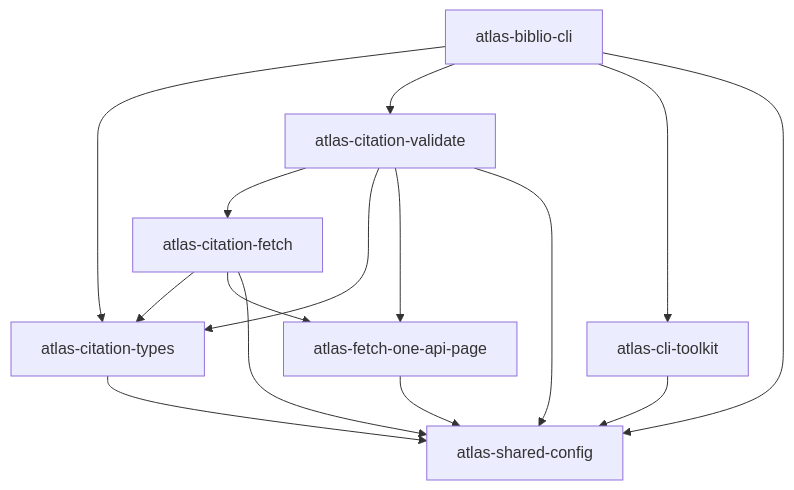
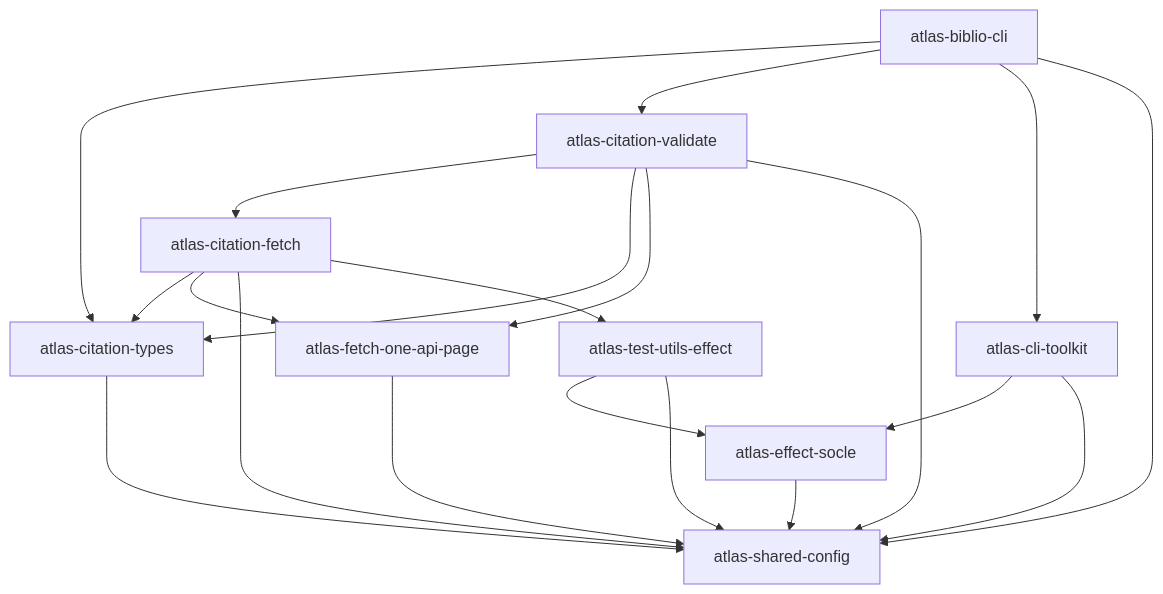
Before and after one commit to univ-lehavre/atlas: the seventh of 19 diagrams in docs/src/content/docs/architecture/packages.md, drawn with Mermaid. The commit also changed other lines of this file and 139 other files, not shown here.

First line of the commit message:
feat: socle Effect — résorption complète (E1–E14) (#348)

````diff
--- a/docs/src/content/docs/architecture/packages.md
+++ b/docs/src/content/docs/architecture/packages.md
@@ -370,24 +379,31 @@
 ```mermaid
 flowchart TD
   _univ_lehavre_atlas_biblio_cli["atlas-biblio-cli"]
   _univ_lehavre_atlas_citation_fetch["atlas-citation-fetch"]
   _univ_lehavre_atlas_citation_types["atlas-citation-types"]
   _univ_lehavre_atlas_citation_validate["atlas-citation-validate"]
   _univ_lehavre_atlas_cli_toolkit["atlas-cli-toolkit"]
+  _univ_lehavre_atlas_effect_socle["atlas-effect-socle"]
   _univ_lehavre_atlas_fetch_one_api_page["atlas-fetch-one-api-page"]
   _univ_lehavre_atlas_shared_config["atlas-shared-config"]
+  _univ_lehavre_atlas_test_utils_effect["atlas-test-utils-effect"]
   _univ_lehavre_atlas_biblio_cli --> _univ_lehavre_atlas_citation_types
   _univ_lehavre_atlas_biblio_cli --> _univ_lehavre_atlas_citation_validate
   _univ_lehavre_atlas_biblio_cli --> _univ_lehavre_atlas_cli_toolkit
   _univ_lehavre_atlas_biblio_cli --> _univ_lehavre_atlas_shared_config
   _univ_lehavre_atlas_citation_fetch --> _univ_lehavre_atlas_citation_types
   _univ_lehavre_atlas_citation_fetch --> _univ_lehavre_atlas_fetch_one_api_page
   _univ_lehavre_atlas_citation_fetch --> _univ_lehavre_atlas_shared_config
+  _univ_lehavre_atlas_citation_fetch --> _univ_lehavre_atlas_test_utils_effect
   _univ_lehavre_atlas_citation_types --> _univ_lehavre_atlas_shared_config
   _univ_lehavre_atlas_citation_validate --> _univ_lehavre_atlas_citation_fetch
   _univ_lehavre_atlas_citation_validate --> _univ_lehavre_atlas_citation_types
   _univ_lehavre_atlas_citation_validate --> _univ_lehavre_atlas_fetch_one_api_page
   _univ_lehavre_atlas_citation_validate --> _univ_lehavre_atlas_shared_config
+  _univ_lehavre_atlas_cli_toolkit --> _univ_lehavre_atlas_effect_socle
   _univ_lehavre_atlas_cli_toolkit --> _univ_lehavre_atlas_shared_config
+  _univ_lehavre_atlas_effect_socle --> _univ_lehavre_atlas_shared_config
   _univ_lehavre_atlas_fetch_one_api_page --> _univ_lehavre_atlas_shared_config
+  _univ_lehavre_atlas_test_utils_effect --> _univ_lehavre_atlas_effect_socle
+  _univ_lehavre_atlas_test_utils_effect --> _univ_lehavre_atlas_shared_config
 ```
````
